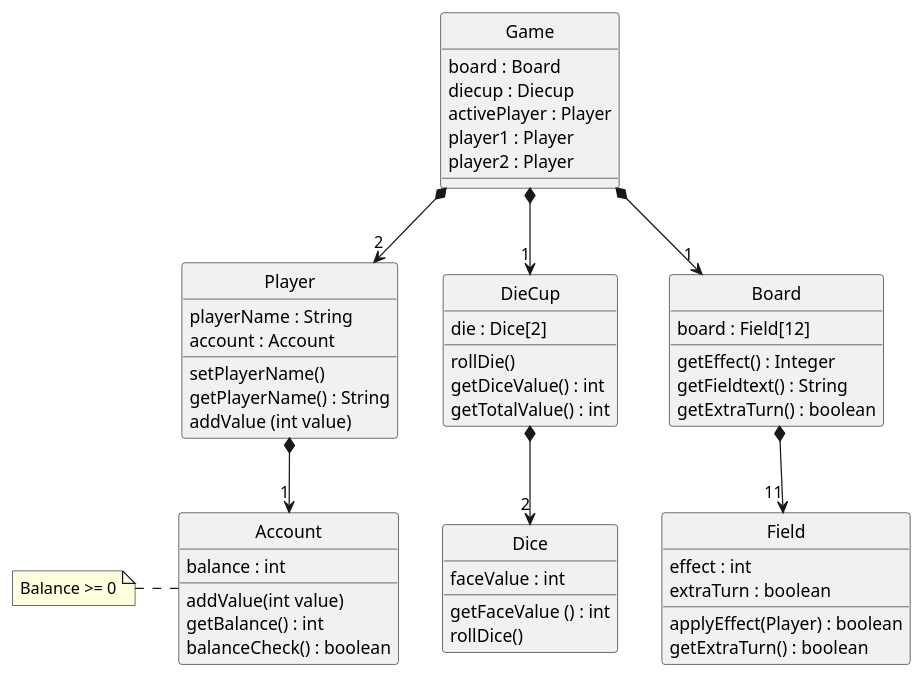
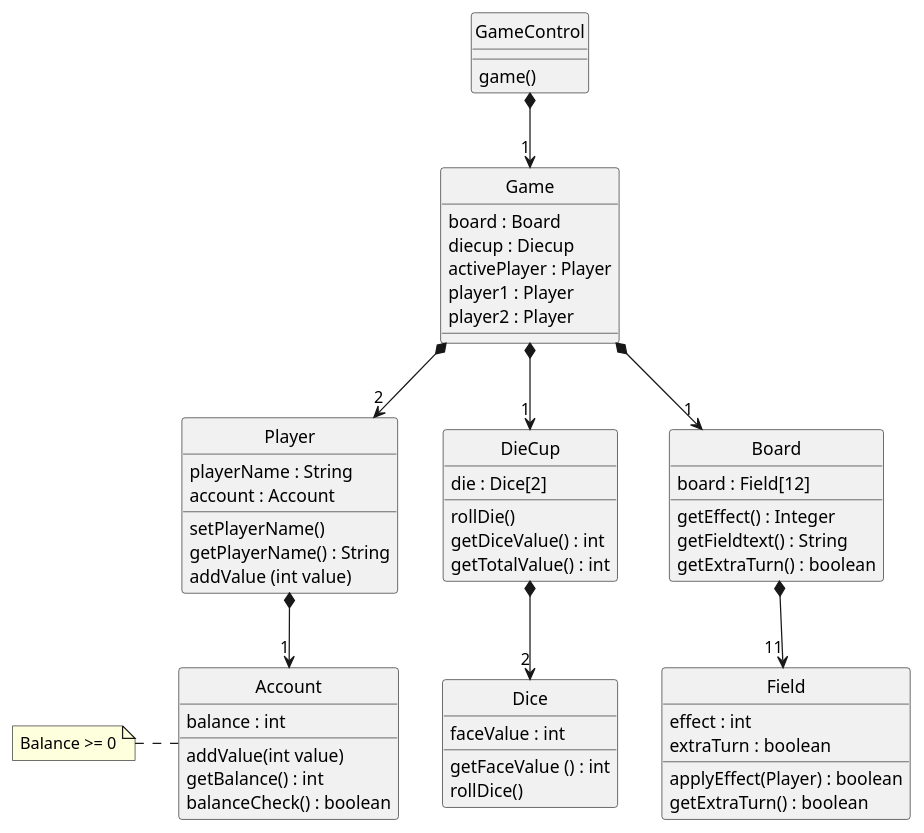
The diagram in src/main/resources/DesignClassDiagram.puml (PhilipCramer/CDIO_del2), drawn with PlantUML before and after one commit. The commit also changed 2 other files, not shown here.

Commit message:
refactored gamecontrol to game, and made the new gamecontrol class

```diff
--- a/src/main/resources/DesignClassDiagram.puml
+++ b/src/main/resources/DesignClassDiagram.puml
@@ -1,72 +1,77 @@
 @startuml ClassDiagram
 skinparam style strictuml
 
-class "Game" as Game {
-    board : Board
-    diecup : Diecup
-    activePlayer : Player
-    player1 : Player
-    player2 : Player
-
+class "GameControl" as GameControl {
+    
+    game()
 }
 
 class "Player" as Player {
     playerName : String
     account : Account
 
     setPlayerName()
     getPlayerName() : String
     addValue (int value)
 
 }
 
 class "Account" as Account {
     balance : int
 
     addValue(int value)
     getBalance() : int
     balanceCheck() : boolean
 }
 note left
     Balance >= 0
     end note
 
 class "DieCup" as Diecup {
     die : Dice[2]
     
     rollDie()
     getDiceValue() : int
     getTotalValue() : int
 }
 
 class "Dice" as Dice {
     faceValue : int
 
     getFaceValue () : int
     rollDice()
 }
 
 class "Board" as Board {
     board : Field[12]
 
     getEffect() : Integer
     getFieldtext() : String
     getExtraTurn() : boolean
 }
 
 class "Field" as Field {
     effect : int
     extraTurn : boolean
 
     applyEffect(Player) : boolean
     getExtraTurn() : boolean
 }
 
+class "Game" as Game{
+    board : Board
+    diecup : Diecup
+    activePlayer : Player
+    player1 : Player
+    player2 : Player
+}
+
 
 Player *--> "1" Account
+GameControl *--> "1" Game
 Game *--> "2" Player 
 Game *--> "1" Board
 Board  *--> "11" Field
 Game  *--> "1" Diecup
 Diecup *--> "2" Dice
 @enduml
```
